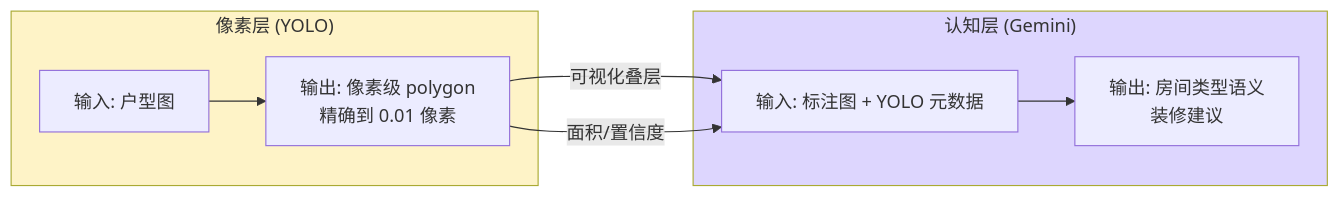
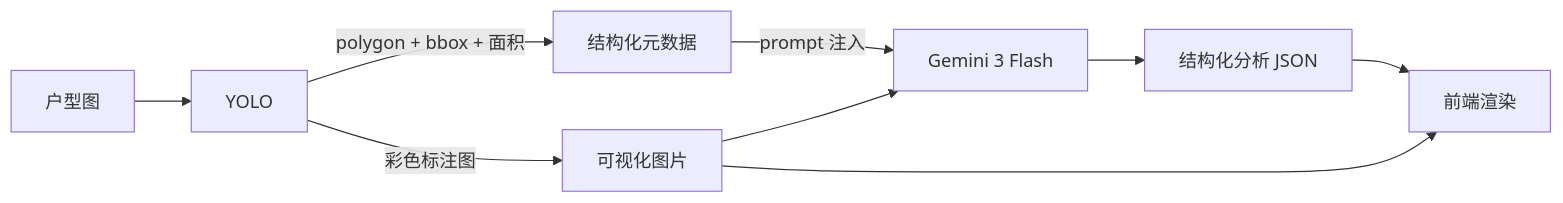
Before and after one commit to Favio8/ODplatform-XDU: the diagram in TECH_REPORT.md, drawn with Mermaid. The commit also changed other lines of this file, not shown here.

````diff
--- a/TECH_REPORT.md
+++ b/TECH_REPORT.md
@@ -236,20 +48,13 @@
 ```mermaid
 flowchart LR
-    subgraph YOLO_Layer["像素层 (YOLO)"]
-        A1[输入: 户型图]
-        A2[输出: 像素级 polygon<br/>精确到 0.01 像素]
-        A1 --> A2
-    end
+    IMG[户型图] --> YOLO
+    YOLO -->|polygon + bbox + 面积| META[结构化元数据]
+    YOLO -->|彩色标注图| VIS[可视化图片]
 
-    subgraph LLM_Layer["认知层 (Gemini)"]
-        B1[输入: 标注图 + YOLO 元数据]
-        B2[输出: 房间类型语义<br/>装修建议]
-        B1 --> B2
-    end
+    VIS --> LLM[Gemini 3 Flash]
+    META -->|prompt 注入| LLM
+    LLM --> JSON[结构化分析 JSON]
 
-    A2 -->|可视化叠层| B1
-    A2 -->|面积/置信度| B1
-
-    style YOLO_Layer fill:#fef3c7
-    style LLM_Layer fill:#ddd6fe
+    JSON --> UI[前端渲染]
+    VIS --> UI
 ```
````
